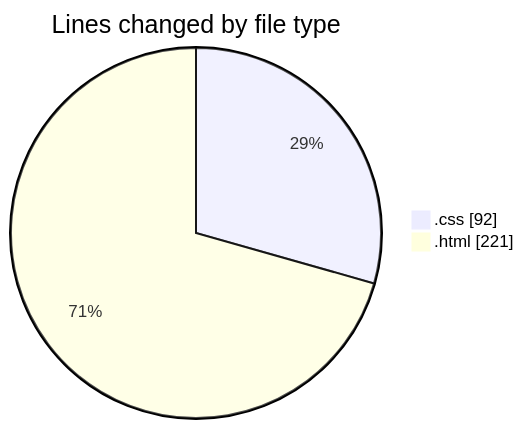
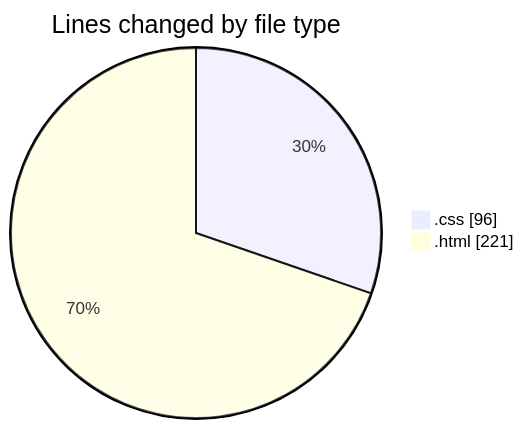
The first of 2 diagrams in 2025-02-04/recipe-page-main/README.md (NitaiMahat/code-tracking), drawn with Mermaid before and after one commit. The commit also changed other lines of this file and 1 other file, not shown here.

````diff
--- a/2025-02-04/recipe-page-main/README.md
+++ b/2025-02-04/recipe-page-main/README.md
@@ -21,6 +21,6 @@
 ```mermaid
 pie showData
 title Lines changed by file type
-".css" : 92
+".css" : 96
 ".html" : 221
 ```
````
